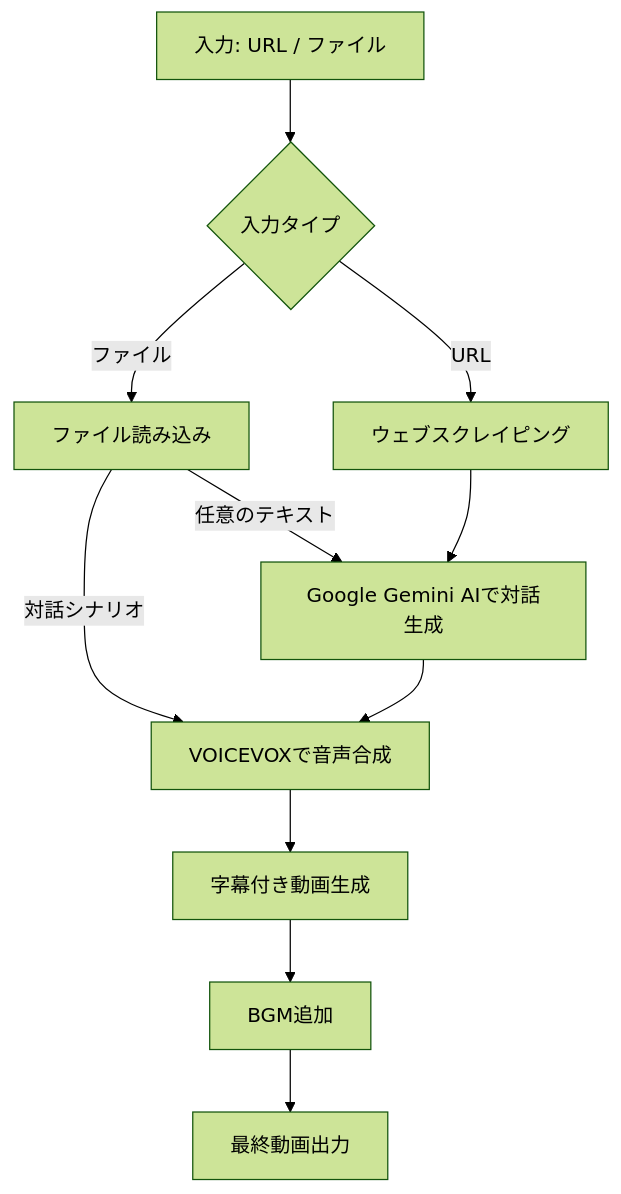
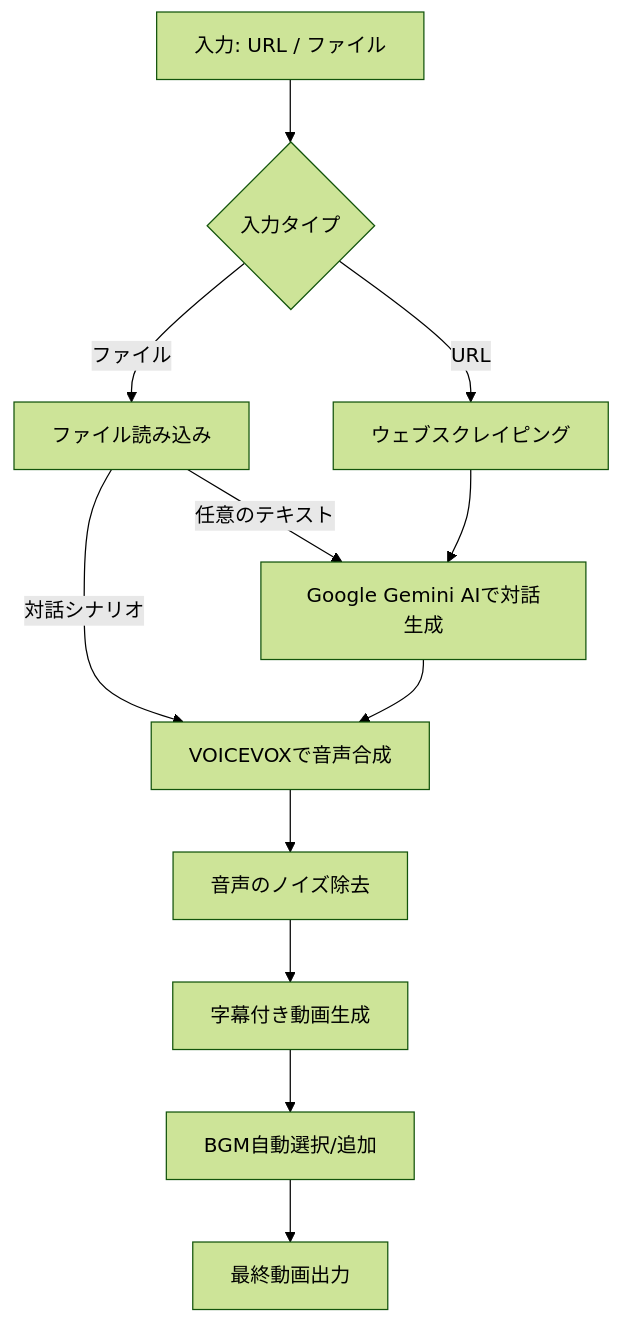
The diagram in README.md (aegisfleet/voicevox2video), drawn with Mermaid (forest theme) before and after one commit. The commit also changed other lines of this file, not shown here.

````diff
--- a/README.md
+++ b/README.md
@@ -171,13 +181,14 @@
 ```mermaid
 graph TD
     A[入力: URL / ファイル] --> B{入力タイプ}
     B -->|URL| C[ウェブスクレイピング]
     B -->|ファイル| D[ファイル読み込み]
     D -->|任意のテキスト| E
     C --> E[Google Gemini AIで対話生成]
     D -->|対話シナリオ| F
     E --> F[VOICEVOXで音声合成]
-    F --> G[字幕付き動画生成]
-    G --> H[BGM追加]
-    H --> I[最終動画出力]
+    F --> G[音声のノイズ除去]
+    G --> H[字幕付き動画生成]
+    H --> I[BGM自動選択/追加]
+    I --> J[最終動画出力]
 ```
````
